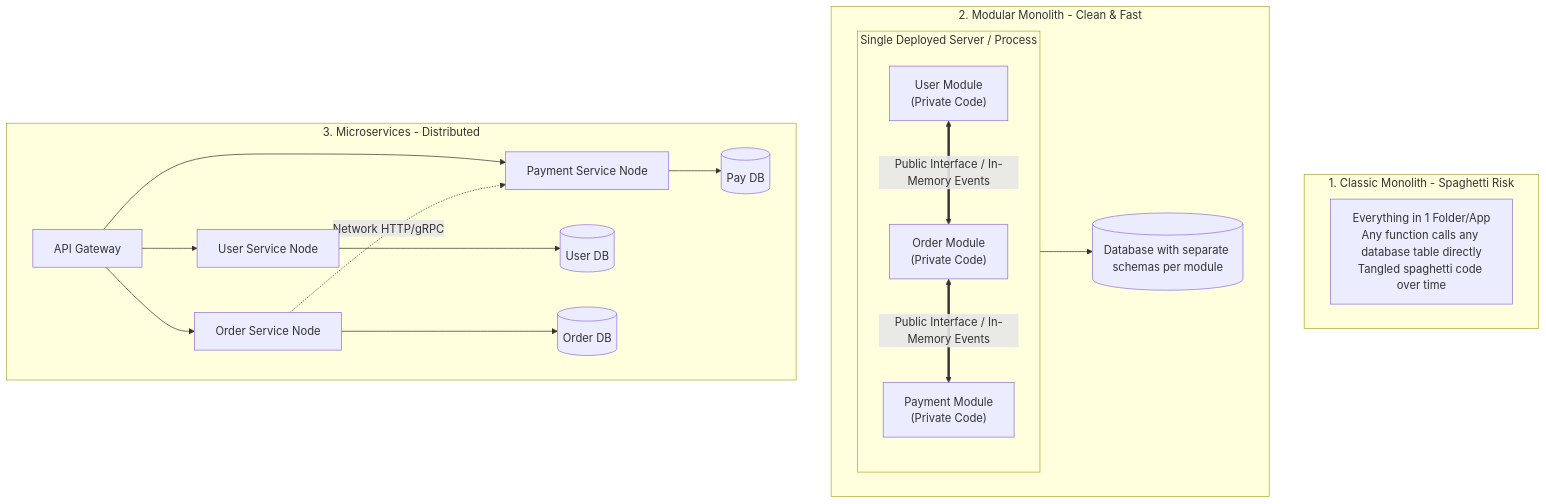
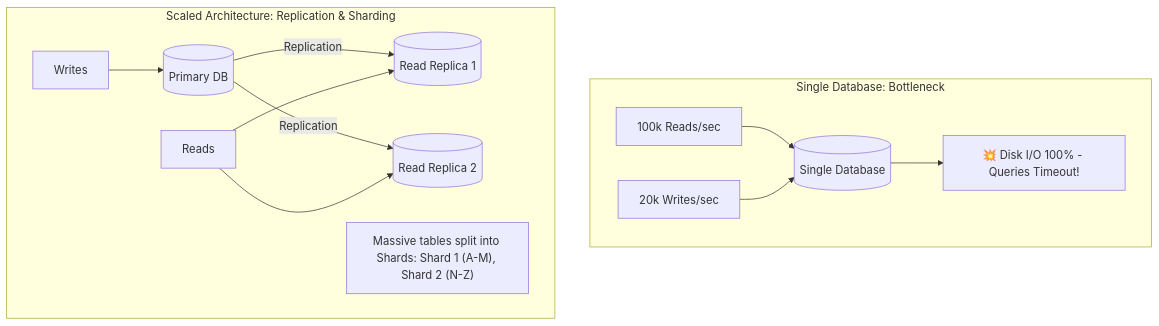
Diagram 18 of 22 in README.md (Sujalkathait/high-level-design), drawn with Mermaid before and after one commit. The commit also changed other lines of this file, not shown here.

Commit message:
docs: implement strict 22-section architectural framework across core HLD topics in simple English

````diff
--- a/README.md
+++ b/README.md
@@ -545,27 +736,17 @@
 ```mermaid
 graph TD
-    subgraph ClassicMonolith [1. Classic Monolith - Spaghetti Risk]
-        M1["Everything in 1 Folder/App\nAny function calls any database table directly\nTangled spaghetti code over time"]
+    subgraph SingleDBProblem [Single Database: Bottleneck]
+        Reads[100k Reads/sec] --> MasterDB[(Single Database)]
+        Writes[20k Writes/sec] --> MasterDB
+        MasterDB --> Saturation[💥 Disk I/O 100% - Queries Timeout!]
     end
 
-    subgraph ModularMonolith [2. Modular Monolith - Clean & Fast]
-        subgraph SingleBinary [Single Deployed Server / Process]
-            ModUser["User Module\n(Private Code)"]
-            ModPay["Payment Module\n(Private Code)"]
-            ModOrder["Order Module\n(Private Code)"]
-            ModUser <== Public Interface / In-Memory Events ==> ModOrder
-            ModOrder <== Public Interface / In-Memory Events ==> ModPay
-        end
-        SingleBinary --> DB[(Database with separate schemas per module)]
-    end
-
-    subgraph Microservices [3. Microservices - Distributed]
-        GW[API Gateway] --> S_User[User Service Node]
-        GW --> S_Pay[Payment Service Node]
-        GW --> S_Order[Order Service Node]
-        S_User --> DB_U[(User DB)]
-        S_Pay --> DB_P[(Pay DB)]
-        S_Order --> DB_O[(Order DB)]
-        S_Order -. Network HTTP/gRPC .-> S_Pay
+    subgraph ShardedSolution [Scaled Architecture: Replication & Sharding]
+        W[Writes] --> Master[(Primary DB)]
+        Master -- Replication --> R1[(Read Replica 1)]
+        Master -- Replication --> R2[(Read Replica 2)]
+        R[Reads] --> R1
+        R[Reads] --> R2
+        NoteShard["Massive tables split into Shards: Shard 1 (A-M), Shard 2 (N-Z)"]
     end
 ```
````
